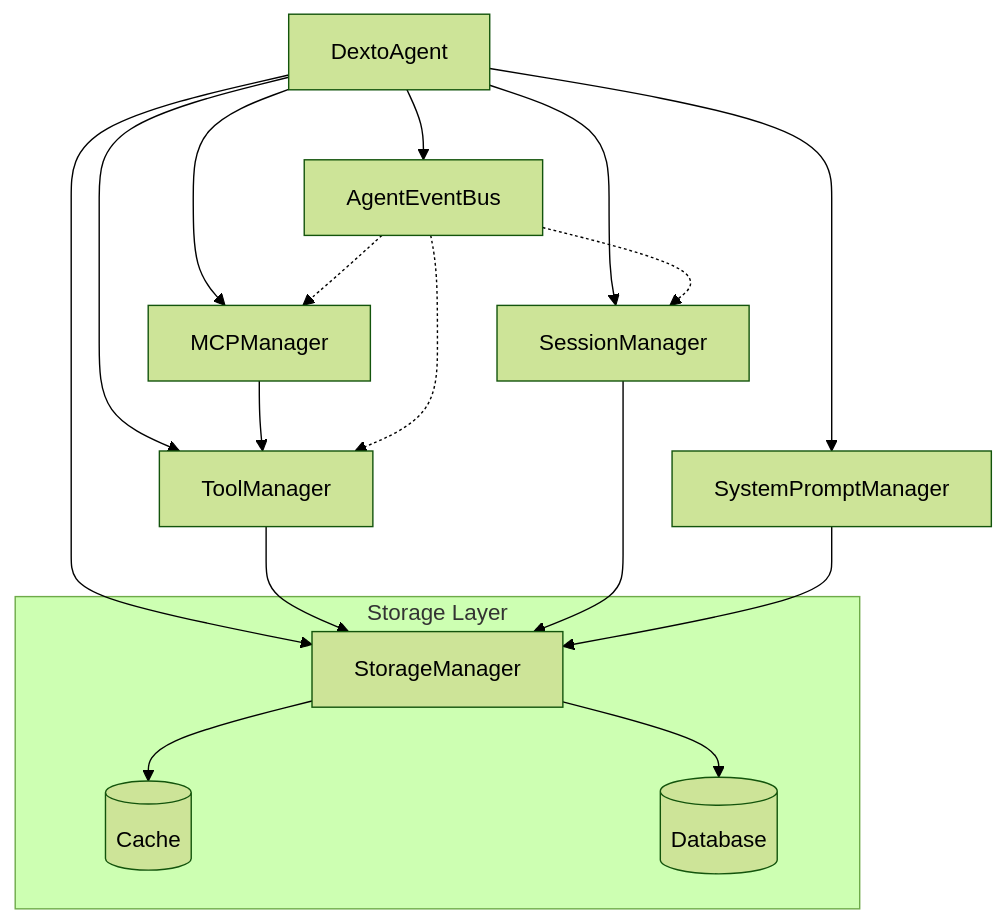
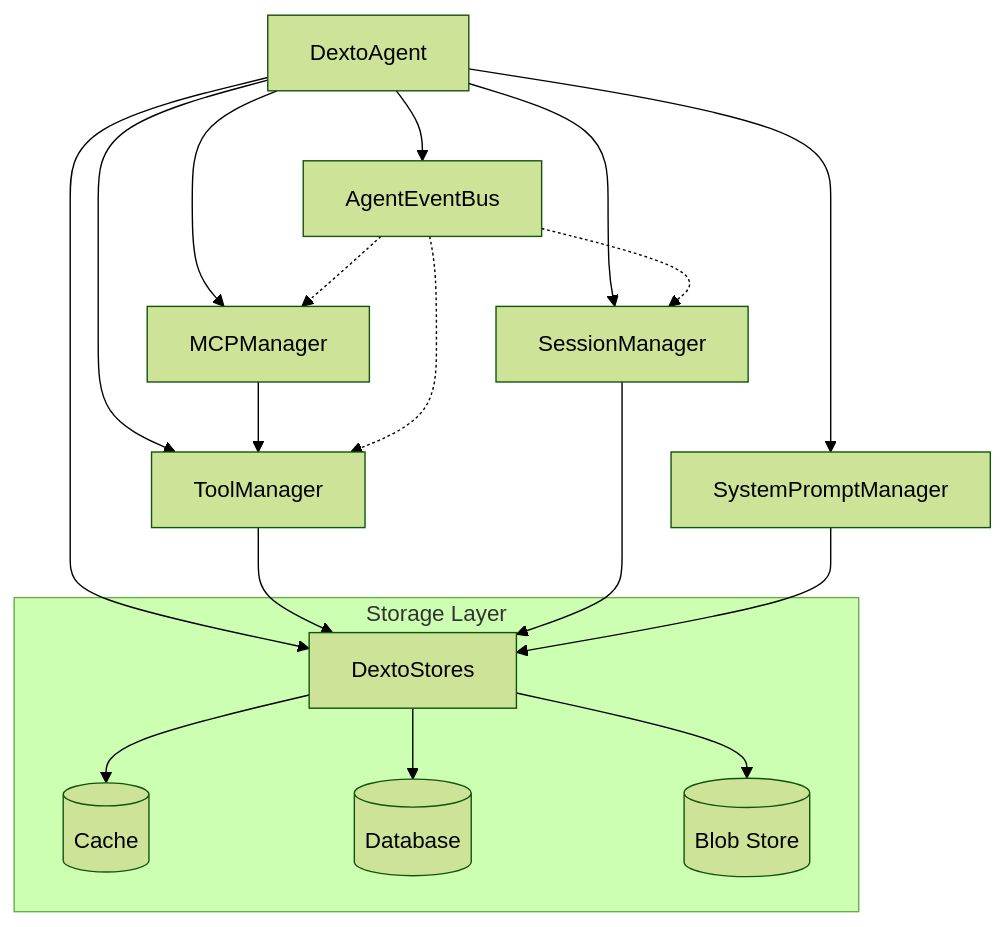
Before and after one commit to truffle-ai/dexto: the diagram in docs/docs/architecture/services.md, drawn with Mermaid (forest theme). The commit also changed other lines of this file and 3 other files, not shown here.

Commit message:
Document typed storage store ownership

````diff
--- a/docs/docs/architecture/services.md
+++ b/docs/docs/architecture/services.md
@@ -22,27 +22,29 @@
 ```mermaid
 graph TB
     DA[DextoAgent] --> SM[SessionManager]
     DA --> MM[MCPManager]
     DA --> TM[ToolManager]
     DA --> SPM[SystemPromptManager]
-    DA --> STM[StorageManager]
+    DA --> DS[DextoStores]
     DA --> AEB[AgentEventBus]
 
     MM --> TM
-    TM --> STM
-    SM --> STM
-    SPM --> STM
+    TM --> DS
+    SM --> DS
+    SPM --> DS
 
     AEB -.-> SM
     AEB -.-> MM
     AEB -.-> TM
 
     subgraph "Storage Layer"
-        STM
+        DS
         Cache[(Cache)]
         DB[(Database)]
+        Blob[(Blob Store)]
     end
 
-    STM --> Cache
-    STM --> DB
+    DS --> Cache
+    DS --> DB
+    DS --> Blob
 ```
````
